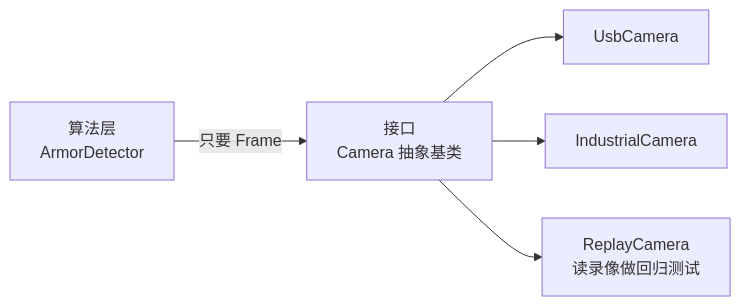
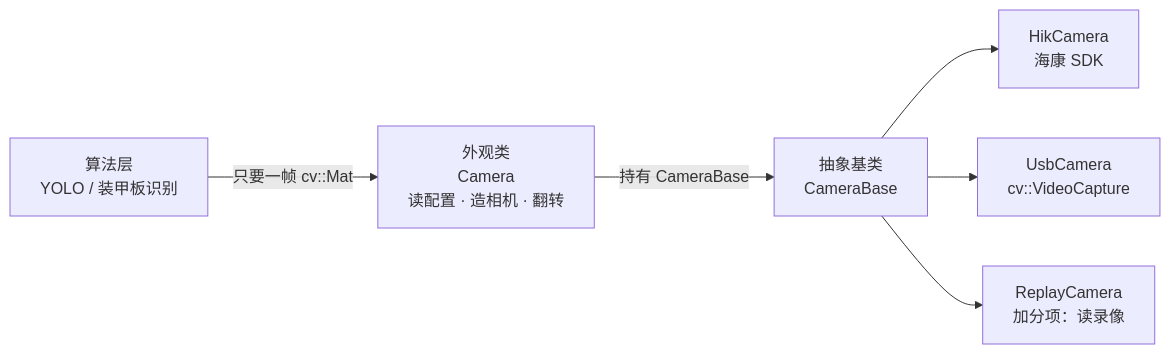
One commit to SPR-Algorithm/SPR_Vision_Tutorial_27 changed the third of 4 diagrams in tutorial_2/tutotial_2.md. Above: the diagram before and after it, drawn with Mermaid. The commit also changed other lines of this file, not shown here.

````diff
--- a/tutorial_2/tutotial_2.md
+++ b/tutorial_2/tutotial_2.md
@@ -433,7 +533,8 @@
 ```mermaid
 flowchart LR
-    A[算法层<br/>ArmorDetector] -->|只要 Frame| I[接口<br/>Camera 抽象基类]
-    I --> U[UsbCamera]
-    I --> N[IndustrialCamera]
-    I --> R[ReplayCamera<br/>读录像做回归测试]
+    A["算法层<br/>YOLO / 装甲板识别"] -->|"只要一帧 cv::Mat"| F["外观类<br/>Camera<br/>读配置 · 造相机 · 翻转"]
+    F -->|"持有 CameraBase"| I["抽象基类<br/>CameraBase"]
+    I --> H["HikCamera<br/>海康 SDK"]
+    I --> U["UsbCamera<br/>cv::VideoCapture"]
+    I --> R["ReplayCamera<br/>加分项：读录像"]
 ```
````
